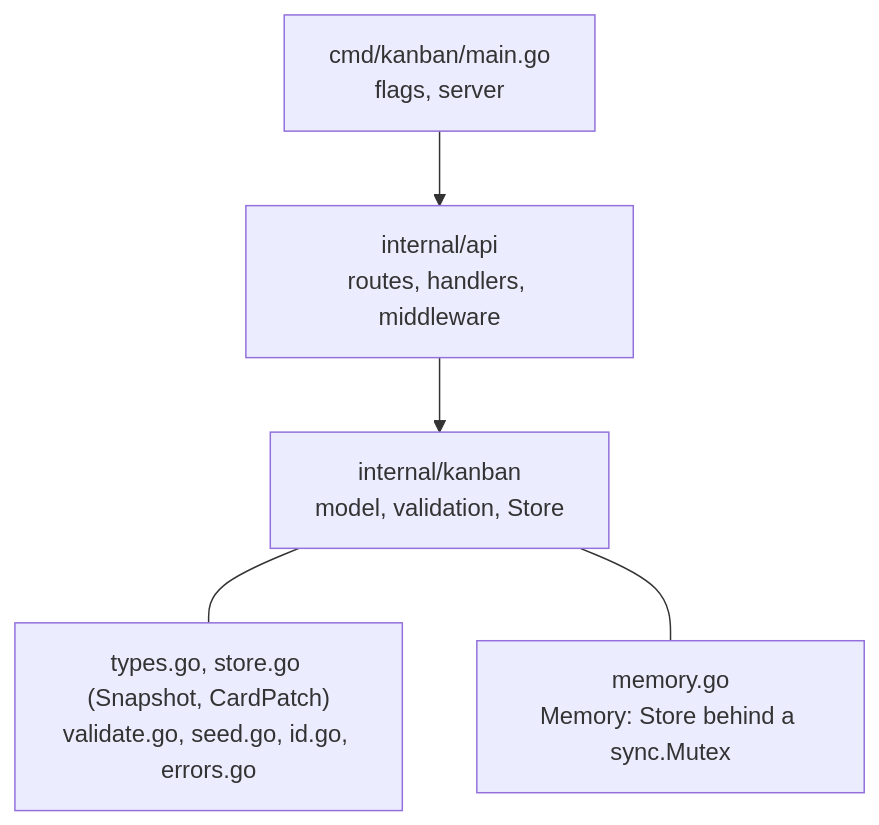
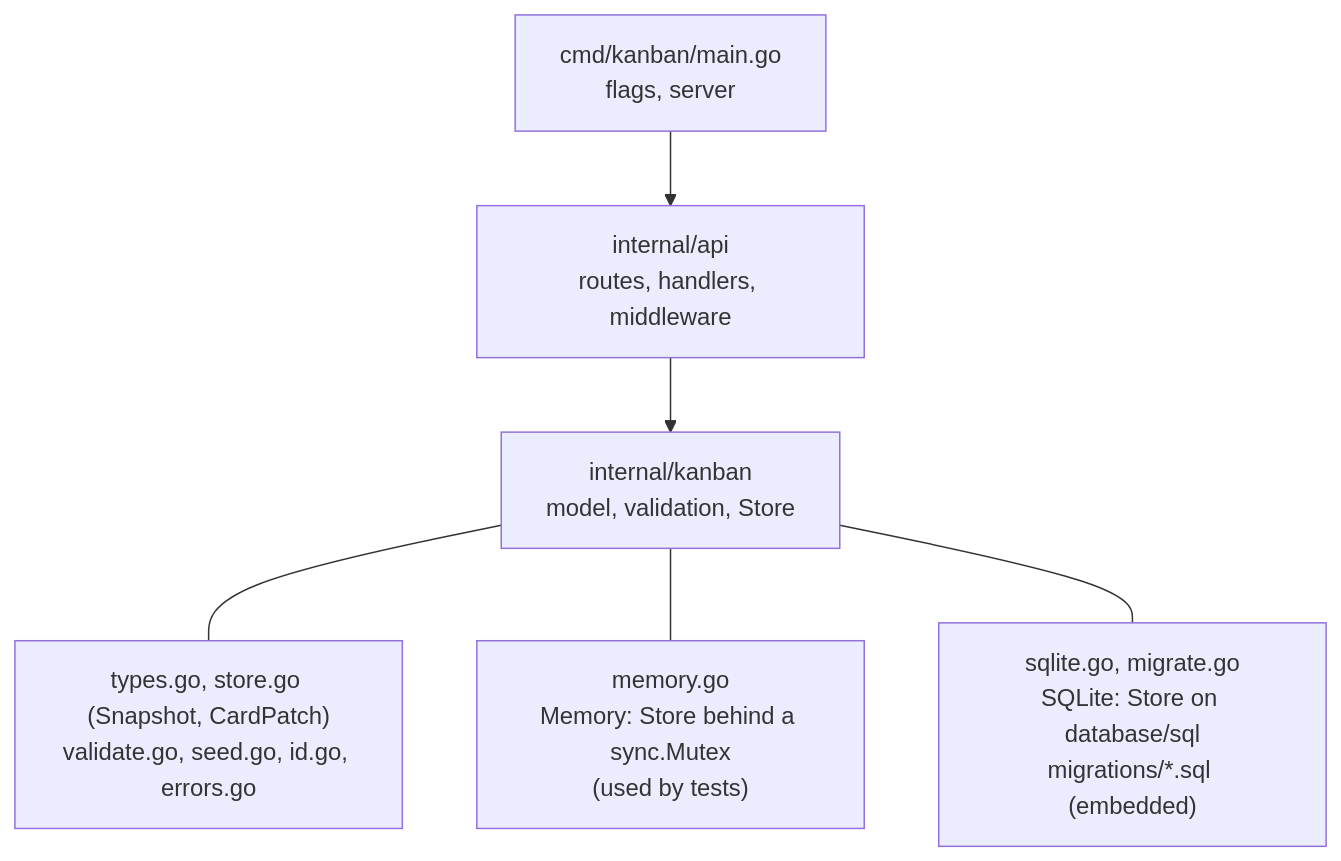
Before and after one commit to 0quasarquantum0/Kanban_Vue: diagram 13 of 16 in docs/architecture.md, drawn with Mermaid. The commit also changed other lines of this file and 9 other files, not shown here.

````diff
--- a/docs/architecture.md
+++ b/docs/architecture.md
@@ -364,7 +364,8 @@
 ```mermaid
 flowchart TD
   main["cmd/kanban/main.go<br/>flags, server"] --> api["internal/api<br/>routes, handlers, middleware"]
   api --> kanban["internal/kanban<br/>model, validation, Store"]
   kanban --- types["types.go, store.go (Snapshot, CardPatch)<br/>validate.go, seed.go, id.go, errors.go"]
-  kanban --- mem["memory.go<br/>Memory: Store behind a sync.Mutex"]
+  kanban --- mem["memory.go<br/>Memory: Store behind a sync.Mutex<br/>(used by tests)"]
+  kanban --- sql["sqlite.go, migrate.go<br/>SQLite: Store on database/sql<br/>migrations/*.sql (embedded)"]
 ```
````
